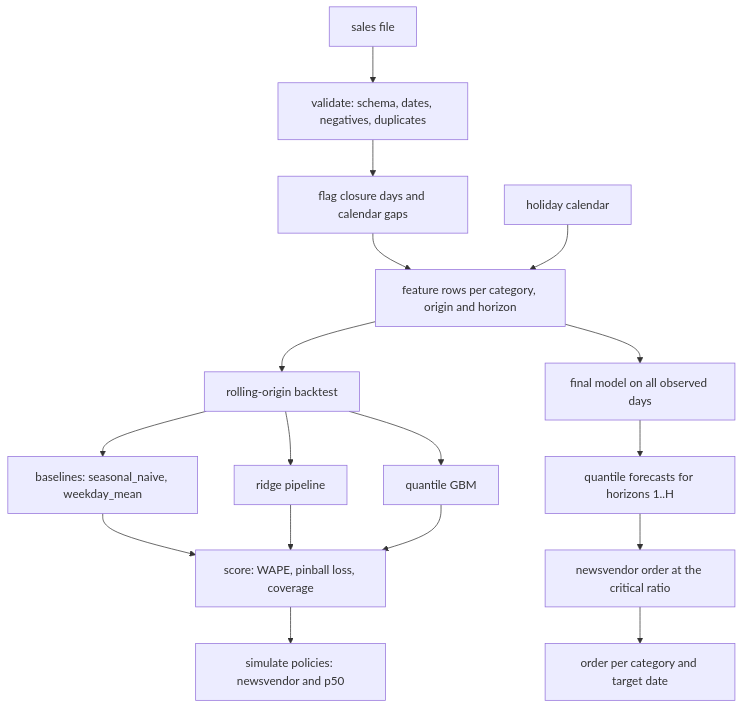
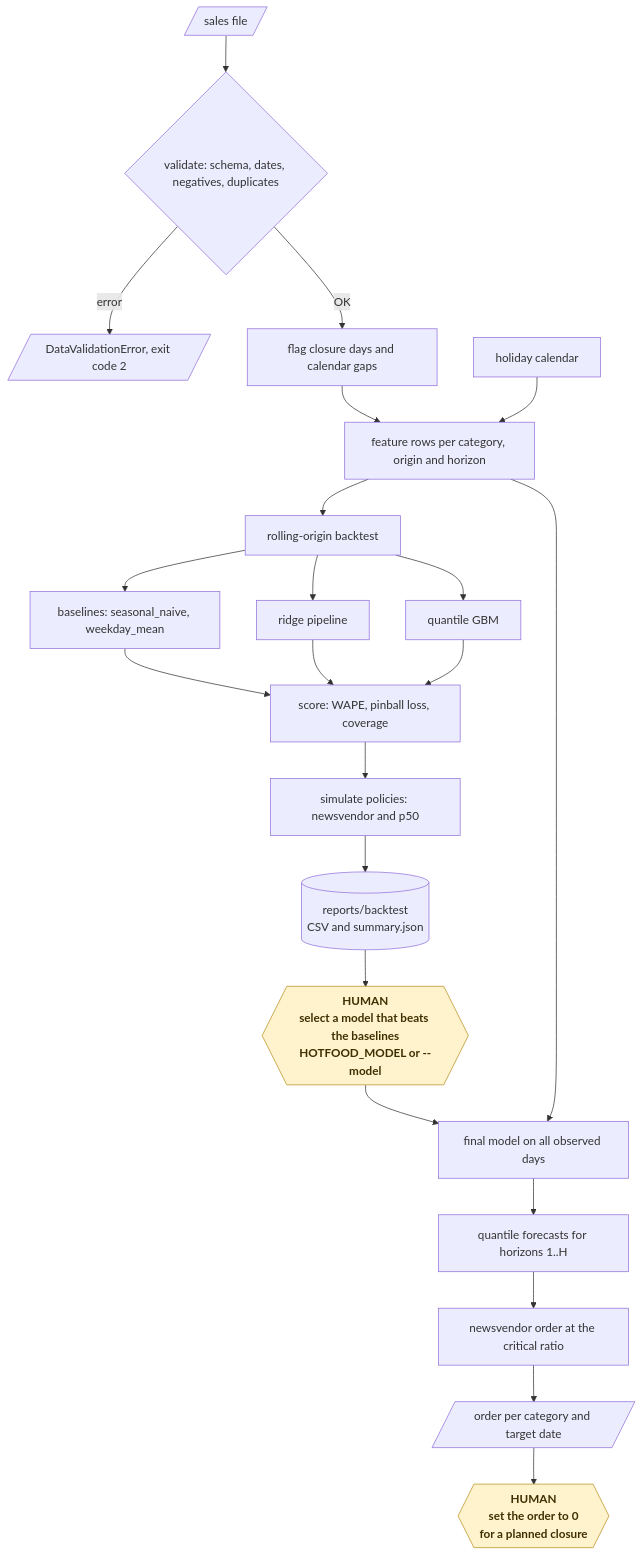
One commit to KrishnaAnnavaram/hotfood-forecast changed the fifth of 15 diagrams in README.md. Above: the diagram before and after it, drawn with Mermaid. The commit also changed other lines of this file, not shown here.

Commit message:
Add the workflow diagrams to the README

````diff
--- a/README.md
+++ b/README.md
@@ -188,19 +247,27 @@
 ```mermaid
-flowchart TB
-    F["sales file"] --> V["validate: schema, dates, negatives, duplicates"]
-    V --> FL["flag closure days and calendar gaps"]
+flowchart TD
+    F[/"sales file"/] --> V{"validate: schema, dates, negatives, duplicates"}
+    V -- "error" --> ERR[/"DataValidationError, exit code 2"/]
+    V -- "OK" --> FL["flag closure days and calendar gaps"]
     FL --> FE["feature rows per category, origin and horizon"]
     CAL["holiday calendar"] --> FE
     FE --> BT["rolling-origin backtest"]
     BT --> M0["baselines: seasonal_naive, weekday_mean"]
     BT --> M1["ridge pipeline"]
     BT --> M2["quantile GBM"]
     M0 --> SC["score: WAPE, pinball loss, coverage"]
     M1 --> SC
     M2 --> SC
     SC --> SIM["simulate policies: newsvendor and p50"]
-    FE --> FM["final model on all observed days"]
+    SIM --> REP[("reports/backtest<br/>CSV and summary.json")]
+    REP --> PICK{{"HUMAN<br/>select a model that beats the baselines<br/>HOTFOOD_MODEL or --model"}}
+    PICK --> FM["final model on all observed days"]
+    FE --> FM
     FM --> Q["quantile forecasts for horizons 1..H"]
     Q --> NV["newsvendor order at the critical ratio"]
-    NV --> OUT["order per category and target date"]
+    NV --> OUT[/"order per category and target date"/]
+    OUT --> CHK{{"HUMAN<br/>set the order to 0<br/>for a planned closure"}}
+
+    classDef human fill:#fff3cd,stroke:#b8901f,color:#3d2f00,font-weight:bold
+    class PICK,CHK human
 ```
````
